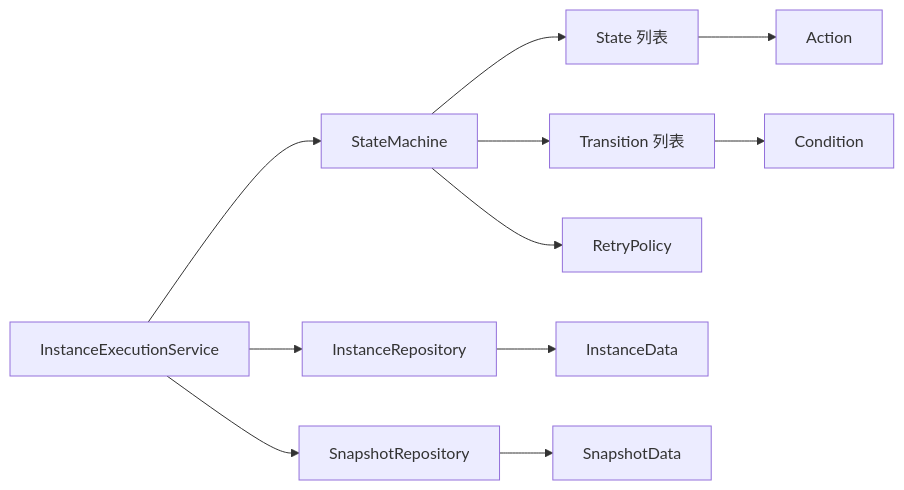
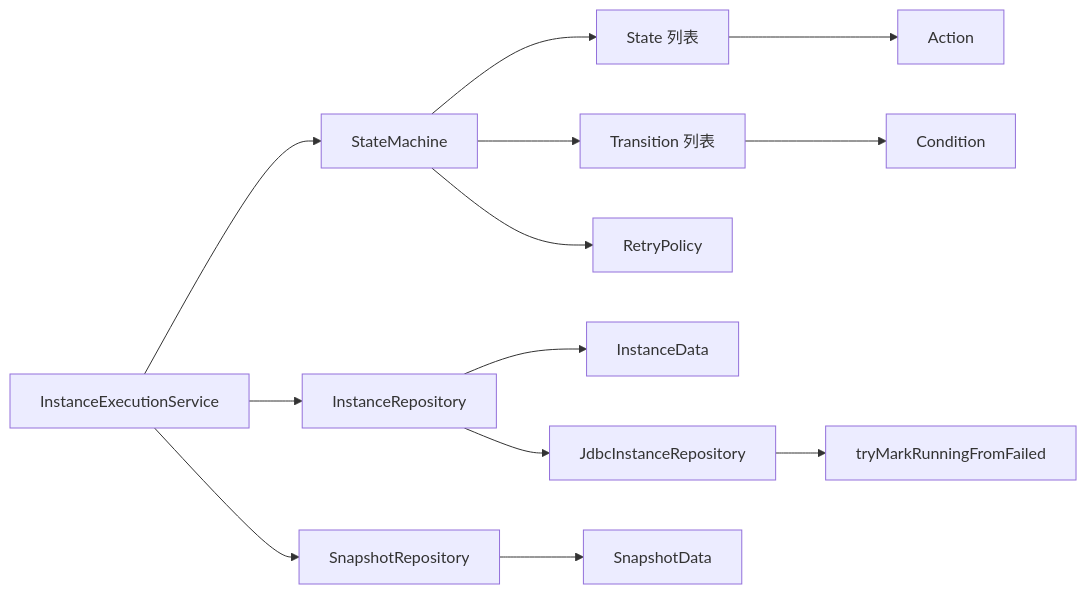
Before and after one commit to xiaoche80s-tech/state-machine-parent: the ninth of 9 diagrams in .qoder/repowiki/zh/content/执行引擎/实例执行服务.md, drawn with Mermaid. The commit also changed other lines of this file and 7 other files, not shown here.

````diff
--- a/.qoder/repowiki/zh/content/执行引擎/实例执行服务.md
+++ b/.qoder/repowiki/zh/content/执行引擎/实例执行服务.md
@@ -415,13 +438,15 @@
 ```mermaid
 graph LR
 Svc["InstanceExecutionService"] --> SM["StateMachine"]
 Svc --> RepoInst["InstanceRepository"]
 Svc --> RepoSnap["SnapshotRepository"]
 SM --> States["State 列表"]
 SM --> Trans["Transition 列表"]
 SM --> Retry["RetryPolicy"]
 States --> Act["Action"]
 Trans --> Cond["Condition"]
 RepoInst --> InstData["InstanceData"]
 RepoSnap --> SnapData["SnapshotData"]
+RepoInst --> JdbcRepo["JdbcInstanceRepository"]
+JdbcRepo --> CAS["tryMarkRunningFromFailed"]
 ```
````
